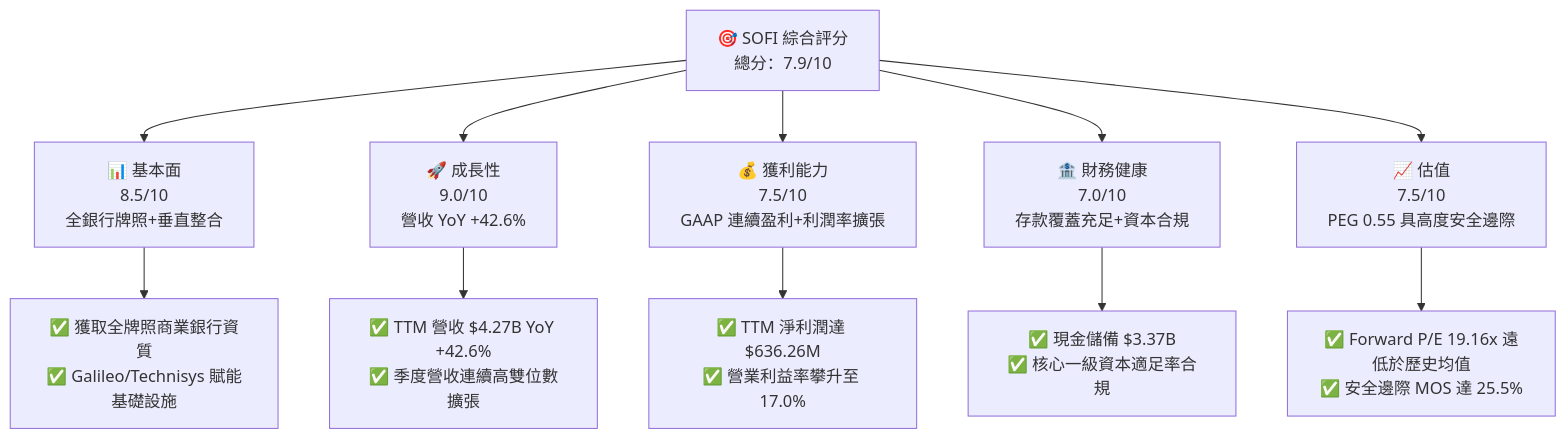
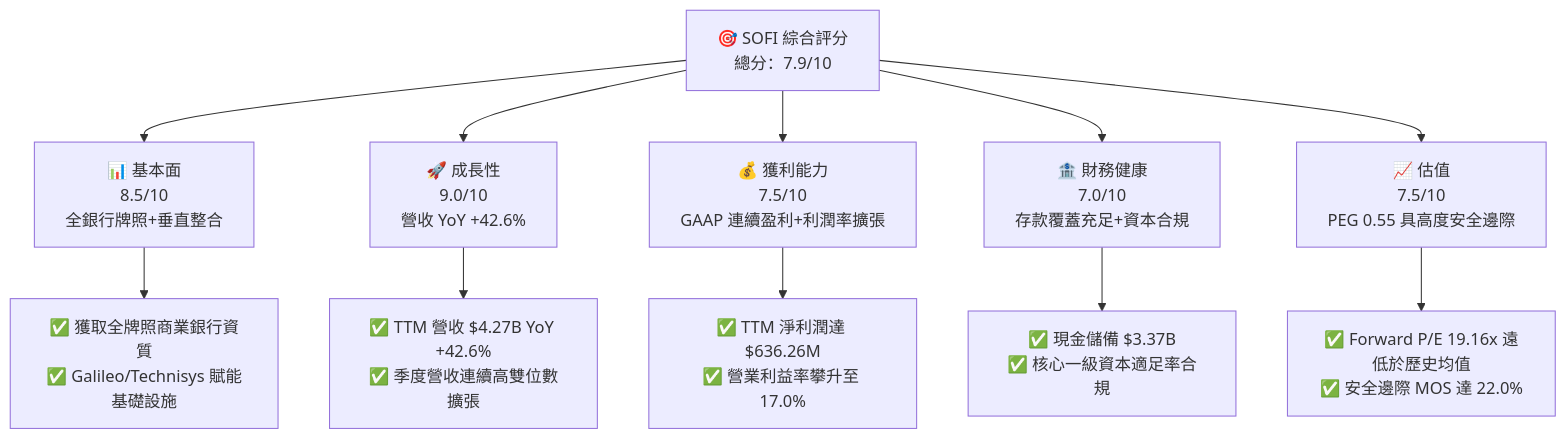
One commit to yennanliu/finance_data changed the first of 15 diagrams in ai_gen_report/fundamental/sofi/fundamental_analysis_2026-10-11_gemini.md. Above: the diagram before and after it, drawn with Mermaid. The commit also changed other lines of this file and 339 other files, not shown here.

````diff
--- a/ai_gen_report/fundamental/sofi/fundamental_analysis_2026-10-11_gemini.md
+++ b/ai_gen_report/fundamental/sofi/fundamental_analysis_2026-10-11_gemini.md
@@ -60,22 +67,22 @@
 ```mermaid
 graph TD
     TICKER["🎯 SOFI 綜合評分<br/>總分：7.9/10"]
 
     F["📊 基本面<br/>8.5/10<br/>全銀行牌照+垂直整合"]
     G["🚀 成長性<br/>9.0/10<br/>營收 YoY +42.6%"]
     P["💰 獲利能力<br/>7.5/10<br/>GAAP 連續盈利+利潤率擴張"]
     B["🏦 財務健康<br/>7.0/10<br/>存款覆蓋充足+資本合規"]
     V["📈 估值<br/>7.5/10<br/>PEG 0.55 具高度安全邊際"]
 
     TICKER --> F
     TICKER --> G
     TICKER --> P
     TICKER --> B
     TICKER --> V
 
     F --> F1["✅ 獲取全牌照商業銀行資質<br/>✅ Galileo/Technisys 賦能基礎設施"]
     G --> G1["✅ TTM 營收 $4.27B YoY +42.6%<br/>✅ 季度營收連續高雙位數擴張"]
     P --> P1["✅ TTM 淨利潤達 $636.26M<br/>✅ 營業利益率攀升至 17.0%"]
     B --> B1["✅ 現金儲備 $3.37B<br/>✅ 核心一級資本適足率合規"]
-    V --> V1["✅ Forward P/E 19.16x 遠低於歷史均值<br/>✅ 安全邊際 MOS 達 25.5%"]
+    V --> V1["✅ Forward P/E 19.16x 遠低於歷史均值<br/>✅ 安全邊際 MOS 達 22.0%"]
 ```
````
